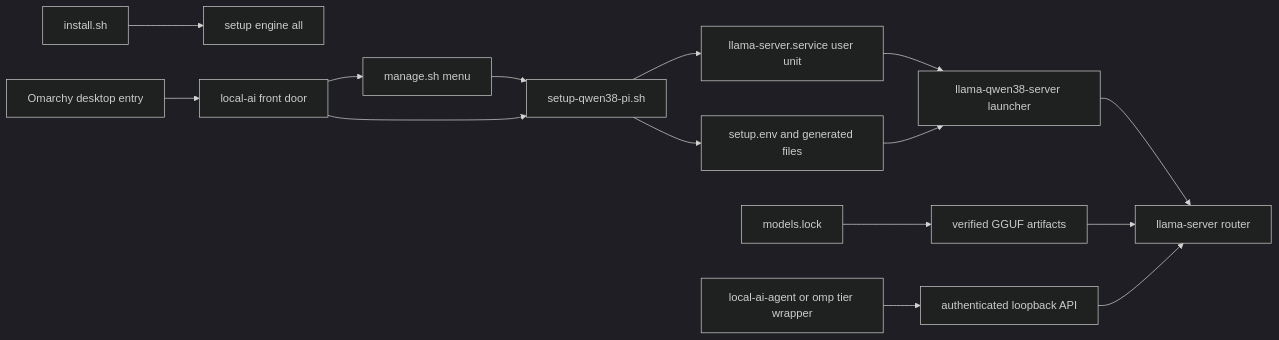
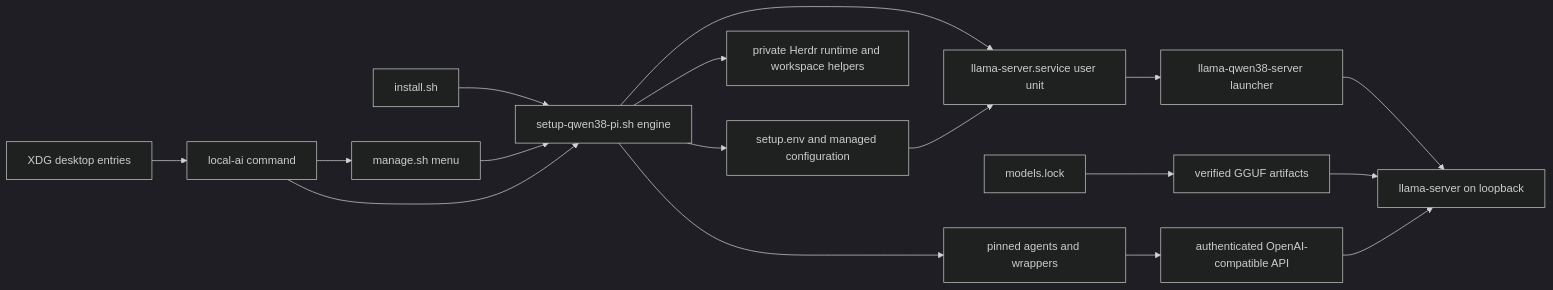
The diagram in openwiki/architecture/runtime-stack.md (johnymontana/local-ai-setup), drawn with Mermaid (dark theme) before and after one commit. The commit also changed other lines of this file and 24 other files, not shown here.

````diff
--- a/openwiki/architecture/runtime-stack.md
+++ b/openwiki/architecture/runtime-stack.md
@@ -35,17 +37,19 @@
 ```mermaid
 flowchart LR
-  Install["install.sh"] --> All["setup engine all"]
-  Desktop["Omarchy desktop entry"] --> Front["local-ai front door"]
-  Front --> Menu["manage.sh menu"]
-  Menu --> Engine["setup-qwen38-pi.sh"]
-  Front --> Engine
-  Engine --> State["setup.env and generated files"]
-  Engine --> Unit["llama-server.service user unit"]
-  Unit --> Launcher["llama-qwen38-server launcher"]
-  State --> Launcher
-  Lock["models.lock"] --> Artifacts["verified GGUF artifacts"]
-  Launcher --> Router["llama-server router"]
-  Artifacts --> Router
-  Agent["local-ai-agent or omp tier wrapper"] --> API["authenticated loopback API"]
+  Installer["install.sh"] --> Engine["setup-qwen38-pi.sh engine"]
+  Command["local-ai command"] --> Manager["manage.sh menu"]
+  Manager --> Engine
+  Command --> Engine
+  Desktop["XDG desktop entries"] --> Command
+  Engine --> Config["setup.env and managed configuration"]
+  Engine --> Service["llama-server.service user unit"]
+  Engine --> Agents["pinned agents and wrappers"]
+  Engine --> Herdr["private Herdr runtime and workspace helpers"]
+  Lock["models.lock"] --> Models["verified GGUF artifacts"]
+  Config --> Service
+  Service --> Launcher["llama-qwen38-server launcher"]
+  Launcher --> Router["llama-server on loopback"]
+  Models --> Router
+  Agents --> API["authenticated OpenAI-compatible API"]
   API --> Router
 ```
````
